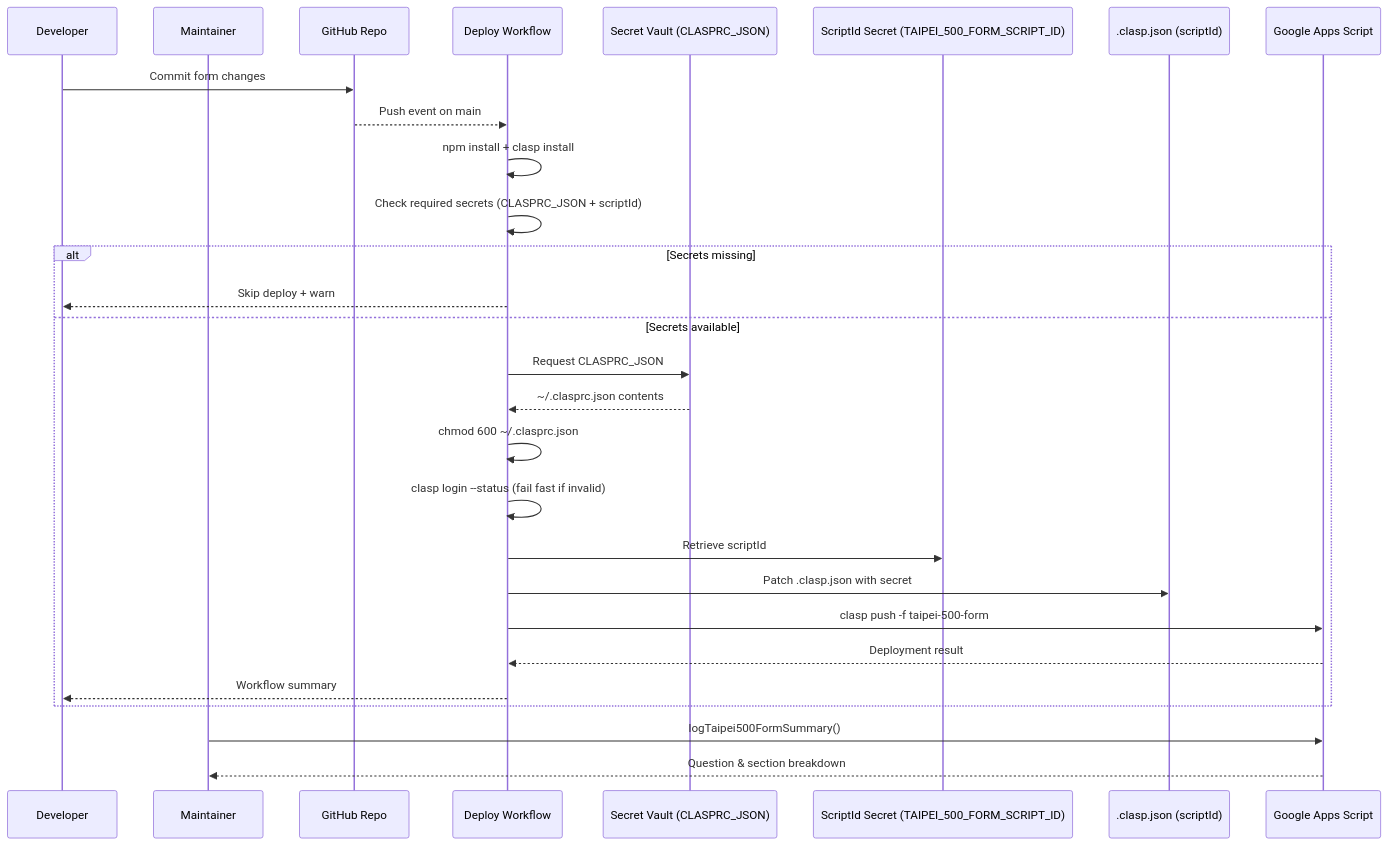
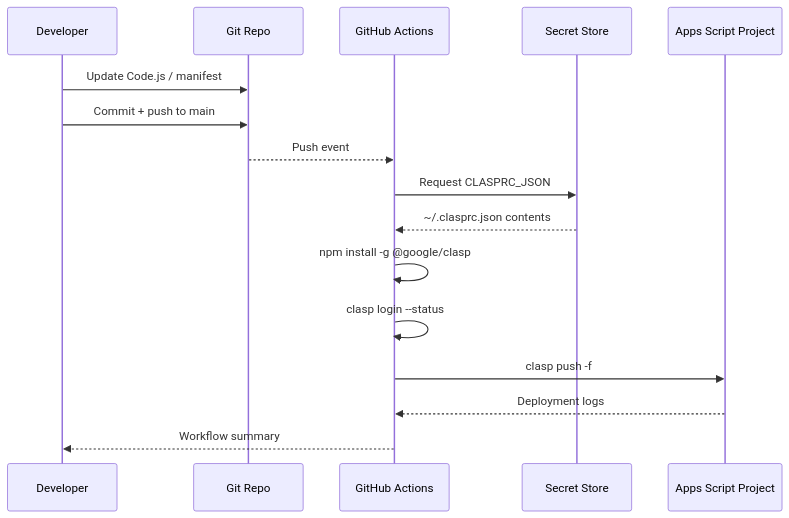
The third of 5 diagrams in README.md (muyueh/clasp-from-fresh), drawn with Mermaid before and after one commit. The commit also changed other lines of this file and 12 other files, not shown here.

Commit message:
reset to single apps script project

````diff
--- a/README.md
+++ b/README.md
@@ -51,30 +42,18 @@
 ```mermaid
 sequenceDiagram
     participant Dev as Developer
-    participant Maint as Maintainer
-    participant Repo as GitHub Repo
-    participant CI as Deploy Workflow
-    participant Secret as Secret Vault (CLASPRC_JSON)
-    participant ScriptSecret as ScriptId Secret (TAIPEI_500_FORM_SCRIPT_ID)
-    participant Config as .clasp.json (scriptId)
-    participant GAS as Google Apps Script
-    Dev->>Repo: Commit form changes
-    Repo-->>CI: Push event on main
-    CI->>CI: npm install + clasp install
-    CI->>CI: Check required secrets (CLASPRC_JSON + scriptId)
-    alt Secrets missing
-        CI-->>Dev: Skip deploy + warn
-    else Secrets available
-        CI->>Secret: Request CLASPRC_JSON
-        Secret-->>CI: ~/.clasprc.json contents
-        CI->>CI: chmod 600 ~/.clasprc.json
-        CI->>CI: clasp login --status (fail fast if invalid)
-        CI->>ScriptSecret: Retrieve scriptId
-        CI->>Config: Patch .clasp.json with secret
-        CI->>GAS: clasp push -f taipei-500-form
-        GAS-->>CI: Deployment result
-        CI-->>Dev: Workflow summary
-    end
-    Maint->>GAS: logTaipei500FormSummary()
-    GAS-->>Maint: Question & section breakdown
+    participant Repo as Git Repo
+    participant CI as GitHub Actions
+    participant Secret as Secret Store
+    participant GAS as Apps Script Project
+    Dev->>Repo: Update Code.js / manifest
+    Dev->>Repo: Commit + push to main
+    Repo-->>CI: Push event
+    CI->>Secret: Request CLASPRC_JSON
+    Secret-->>CI: ~/.clasprc.json contents
+    CI->>CI: npm install -g @google/clasp
+    CI->>CI: clasp login --status
+    CI->>GAS: clasp push -f
+    GAS-->>CI: Deployment logs
+    CI-->>Dev: Workflow summary
 ```
````
